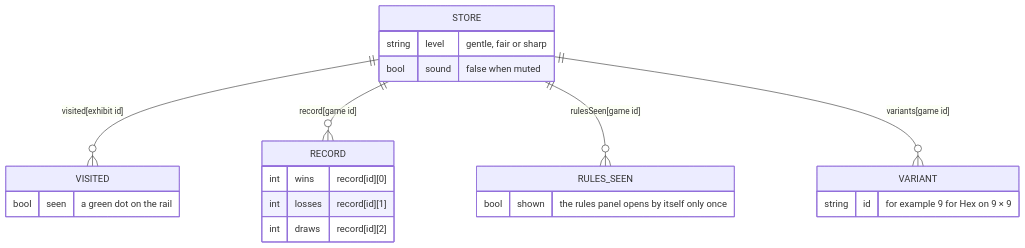
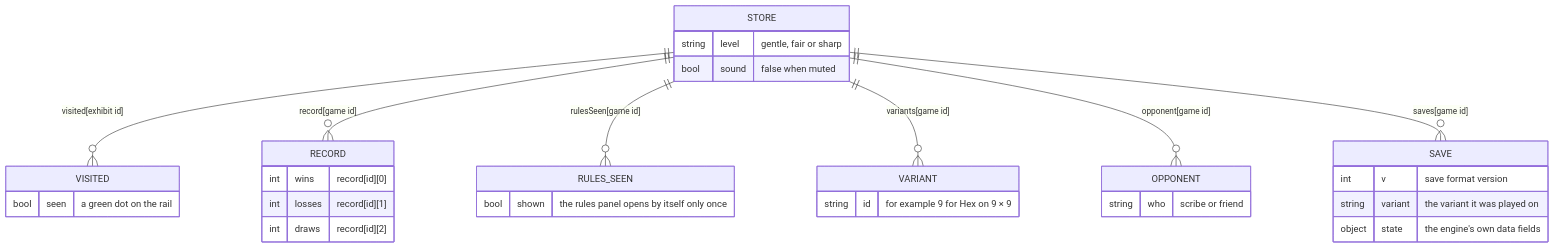
Before and after one commit to CptNope/Librarium-Archives: the fifth of 5 diagrams in docs/architecture.md, drawn with Mermaid. The commit also changed other lines of this file and 10 other files, not shown here.

````diff
--- a/docs/architecture.md
+++ b/docs/architecture.md
@@ -158,25 +158,35 @@
 ```mermaid
 erDiagram
     STORE ||--o{ VISITED : "visited[exhibit id]"
     STORE ||--o{ RECORD : "record[game id]"
     STORE ||--o{ RULES_SEEN : "rulesSeen[game id]"
     STORE ||--o{ VARIANT : "variants[game id]"
     STORE {
         string level "gentle, fair or sharp"
         bool sound "false when muted"
+    }
+    STORE ||--o{ OPPONENT : "opponent[game id]"
+    STORE ||--o{ SAVE : "saves[game id]"
+    OPPONENT {
+        string who "scribe or friend"
+    }
+    SAVE {
+        int v "save format version"
+        string variant "the variant it was played on"
+        object state "the engine's own data fields"
     }
     RECORD {
         int wins "record[id][0]"
         int losses "record[id][1]"
         int draws "record[id][2]"
     }
     VISITED {
         bool seen "a green dot on the rail"
     }
     RULES_SEEN {
         bool shown "the rules panel opens by itself only once"
     }
     VARIANT {
         string id "for example 9 for Hex on 9 × 9"
     }
 ```
````
